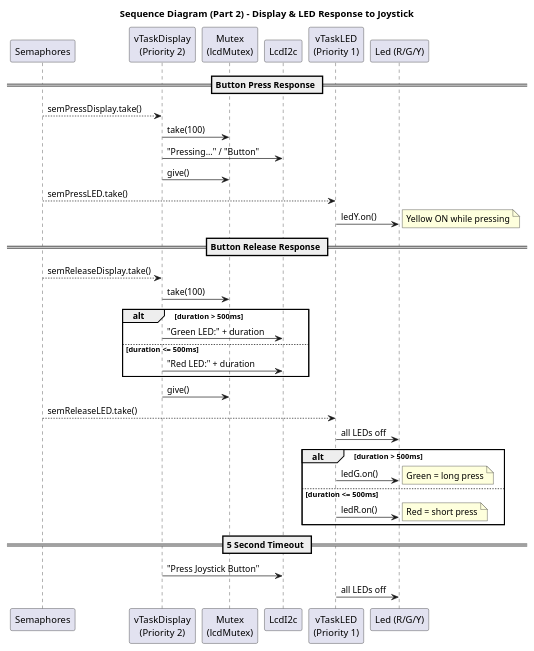
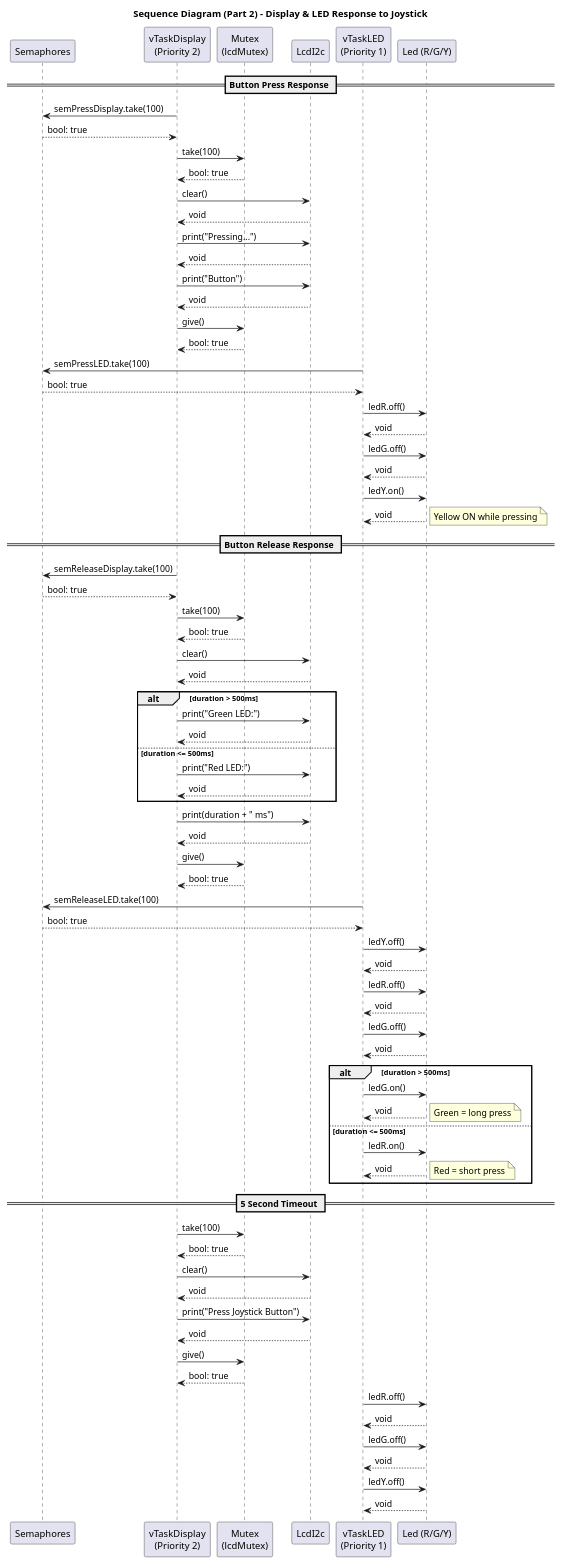
The diagram in diagrams/puml/03b_seq_joystick_display_led.puml (DimonBel/ES), drawn with PlantUML before and after one commit. The commit also changed 11 other files, not shown here.

First line of the commit message:
Add return/response arrows to all sequence diagrams

```diff
--- a/diagrams/puml/03b_seq_joystick_display_led.puml
+++ b/diagrams/puml/03b_seq_joystick_display_led.puml
@@ -1,48 +1,92 @@
 @startuml Sequence - Display & LED Response
 title Sequence Diagram (Part 2) - Display & LED Response to Joystick
 
 participant "Semaphores" as sem
 participant "vTaskDisplay\n(Priority 2)" as display
 participant "Mutex\n(lcdMutex)" as mutex
 participant "LcdI2c" as lcd
 participant "vTaskLED\n(Priority 1)" as ledtask
 participant "Led (R/G/Y)" as leds
 
 == Button Press Response ==
-sem --> display : semPressDisplay.take()
+display -> sem : semPressDisplay.take(100)
+sem --> display : bool: true
 display -> mutex : take(100)
-display -> lcd : "Pressing..." / "Button"
+mutex --> display : bool: true
+display -> lcd : clear()
+lcd --> display : void
+display -> lcd : print("Pressing...")
+lcd --> display : void
+display -> lcd : print("Button")
+lcd --> display : void
 display -> mutex : give()
+mutex --> display : bool: true
 
-sem --> ledtask : semPressLED.take()
+ledtask -> sem : semPressLED.take(100)
+sem --> ledtask : bool: true
+ledtask -> leds : ledR.off()
+leds --> ledtask : void
+ledtask -> leds : ledG.off()
+leds --> ledtask : void
 ledtask -> leds : ledY.on()
+leds --> ledtask : void
 note right : Yellow ON while pressing
 
 == Button Release Response ==
-sem --> display : semReleaseDisplay.take()
+display -> sem : semReleaseDisplay.take(100)
+sem --> display : bool: true
 display -> mutex : take(100)
+mutex --> display : bool: true
+display -> lcd : clear()
+lcd --> display : void
 
 alt duration > 500ms
-    display -> lcd : "Green LED:" + duration
+    display -> lcd : print("Green LED:")
+    lcd --> display : void
 else duration <= 500ms
-    display -> lcd : "Red LED:" + duration
+    display -> lcd : print("Red LED:")
+    lcd --> display : void
 end
 
+display -> lcd : print(duration + " ms")
+lcd --> display : void
 display -> mutex : give()
+mutex --> display : bool: true
 
-sem --> ledtask : semReleaseLED.take()
-ledtask -> leds : all LEDs off
+ledtask -> sem : semReleaseLED.take(100)
+sem --> ledtask : bool: true
+ledtask -> leds : ledY.off()
+leds --> ledtask : void
+ledtask -> leds : ledR.off()
+leds --> ledtask : void
+ledtask -> leds : ledG.off()
+leds --> ledtask : void
 
 alt duration > 500ms
     ledtask -> leds : ledG.on()
+    leds --> ledtask : void
     note right : Green = long press
 else duration <= 500ms
     ledtask -> leds : ledR.on()
+    leds --> ledtask : void
     note right : Red = short press
 end
 
 == 5 Second Timeout ==
-display -> lcd : "Press Joystick Button"
-ledtask -> leds : all LEDs off
+display -> mutex : take(100)
+mutex --> display : bool: true
+display -> lcd : clear()
+lcd --> display : void
+display -> lcd : print("Press Joystick Button")
+lcd --> display : void
+display -> mutex : give()
+mutex --> display : bool: true
+
+ledtask -> leds : ledR.off()
+leds --> ledtask : void
+ledtask -> leds : ledG.off()
+leds --> ledtask : void
+ledtask -> leds : ledY.off()
+leds --> ledtask : void
 
 @enduml
```
